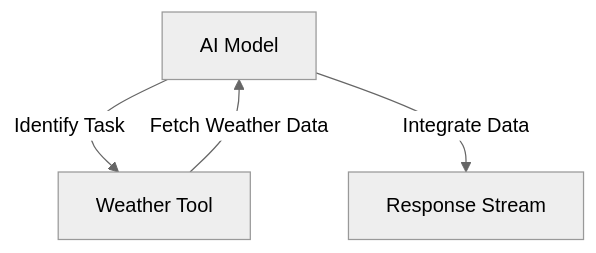
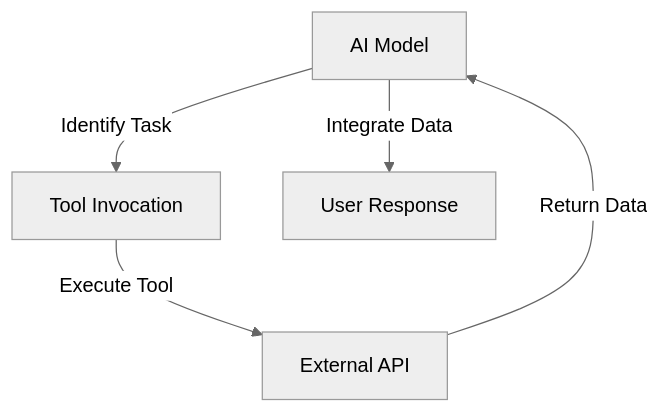
Before and after one commit to reeawnc/cloudflare: the second of 2 diagrams in apps/tool-calling-stream/README.md, drawn with Mermaid (neutral theme). The commit also changed other lines of this file and 18 other files, not shown here.

````diff
--- a/apps/tool-calling-stream/README.md
+++ b/apps/tool-calling-stream/README.md
@@ -59,6 +87,7 @@
 ```mermaid
 graph TD;
-    A[AI Model] -->|Identify Task| B[Weather Tool];
-    B -->|Fetch Weather Data| A;
-    A -->|Integrate Data| C[Response Stream];
+    A[AI Model] -->|Identify Task| B[Tool Invocation];
+    B -->|Execute Tool| C[External API];
+    C -->|Return Data| A;
+    A -->|Integrate Data| D[User Response];
 ```
````
